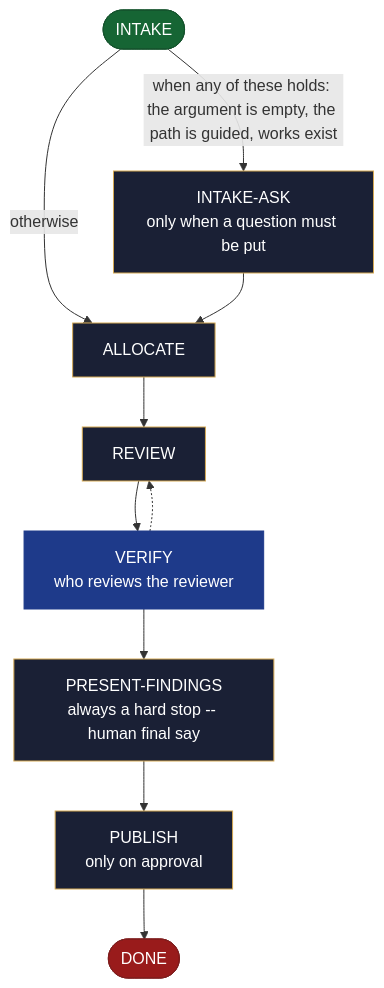
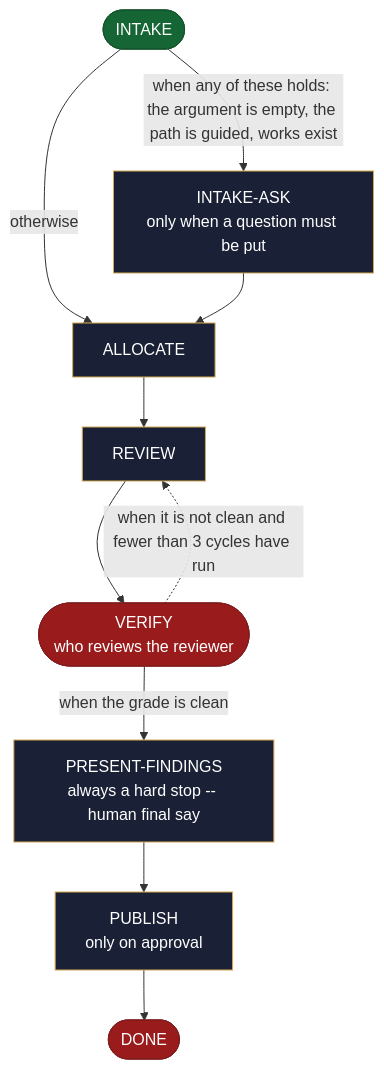
Before and after one commit to AndreVianna/aid-methodology: the diagram in site/src/content/docs/skills/aid-review.md, drawn with Mermaid. The commit also changed other lines of this file and 258 other files, not shown here.

````diff
--- a/site/src/content/docs/skills/aid-review.md
+++ b/site/src/content/docs/skills/aid-review.md
@@ -20,42 +20,42 @@
 ```mermaid
 flowchart TB
   classDef aidNode color:#fff
   classDef aidEntry fill:#166534,stroke:#14532d,color:#fff
   classDef aidExit fill:#991b1b,stroke:#7f1d1d,color:#fff
   classDef aidDecision fill:#92400e,stroke:#78350f,color:#fff
   classDef aidLoopBack fill:#1e3a8a,stroke:#1e3a8a,color:#fff
   classDef aidStep fill:#1a2035,stroke:#d4a853,color:#f1f5f9
   n1(["INTAKE"])
   n2["INTAKE-ASK<br/>only when a question must be put"]
   n3["ALLOCATE"]
   n4["REVIEW"]
-  n5["VERIFY<br/>who reviews the reviewer"]
+  n5(["VERIFY<br/>who reviews the reviewer"])
   n6["PRESENT-FINDINGS<br/>always a hard stop -- human final say"]
   n7["PUBLISH<br/>only on approval"]
   n8(["DONE"])
   n1 -->|"when any of these holds: the argument is empty, the path is guided, works exist"| n2
   n1 -->|"otherwise"| n3
   n2 --> n3
   n3 --> n4
   n4 --> n5
-  n5 -.-> n4
-  n5 --> n6
+  n5 -. "when it is not clean and fewer than 3 cycles have run" .-> n4
+  n5 -->|"when the grade is clean"| n6
   n6 --> n7
   n7 --> n8
   class n1 aidEntry
   class n2 aidStep
   class n3 aidStep
   class n4 aidStep
-  class n5 aidLoopBack
+  class n5 aidExit
   class n6 aidStep
   class n7 aidStep
   class n8 aidExit
   class n1 aidNode
   class n2 aidNode
   class n3 aidNode
   class n4 aidNode
   class n5 aidNode
   class n6 aidNode
   class n7 aidNode
   class n8 aidNode
 ```
````
